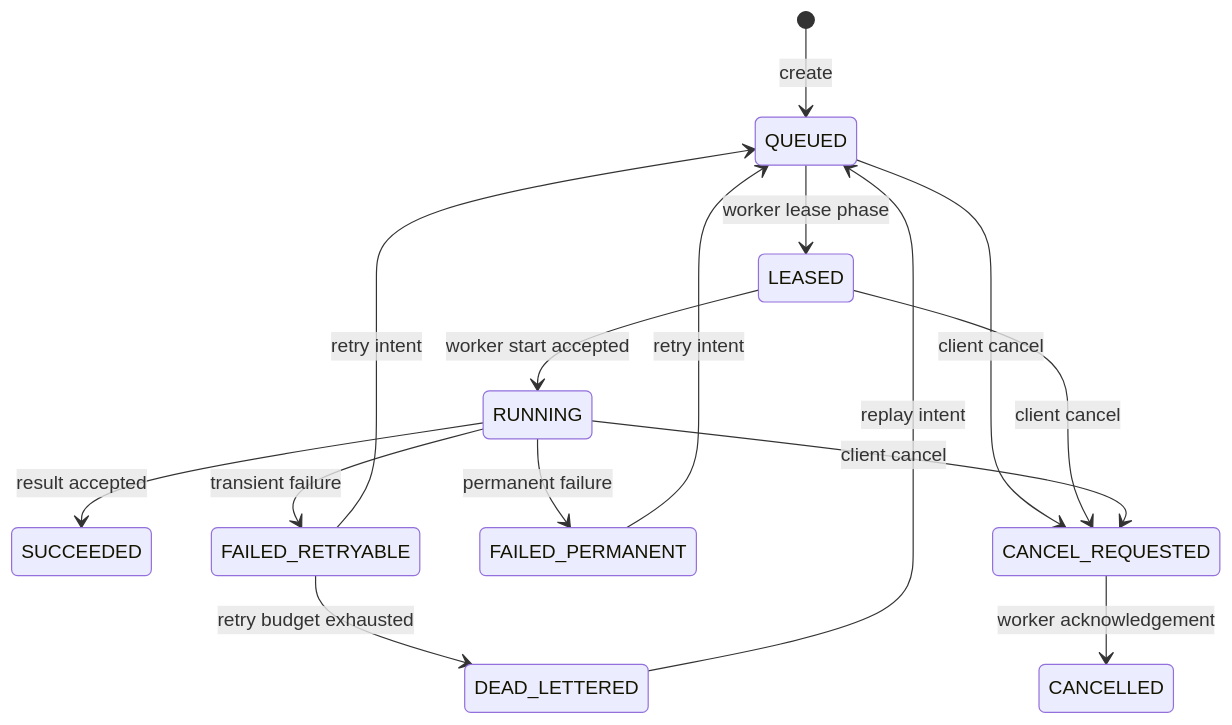
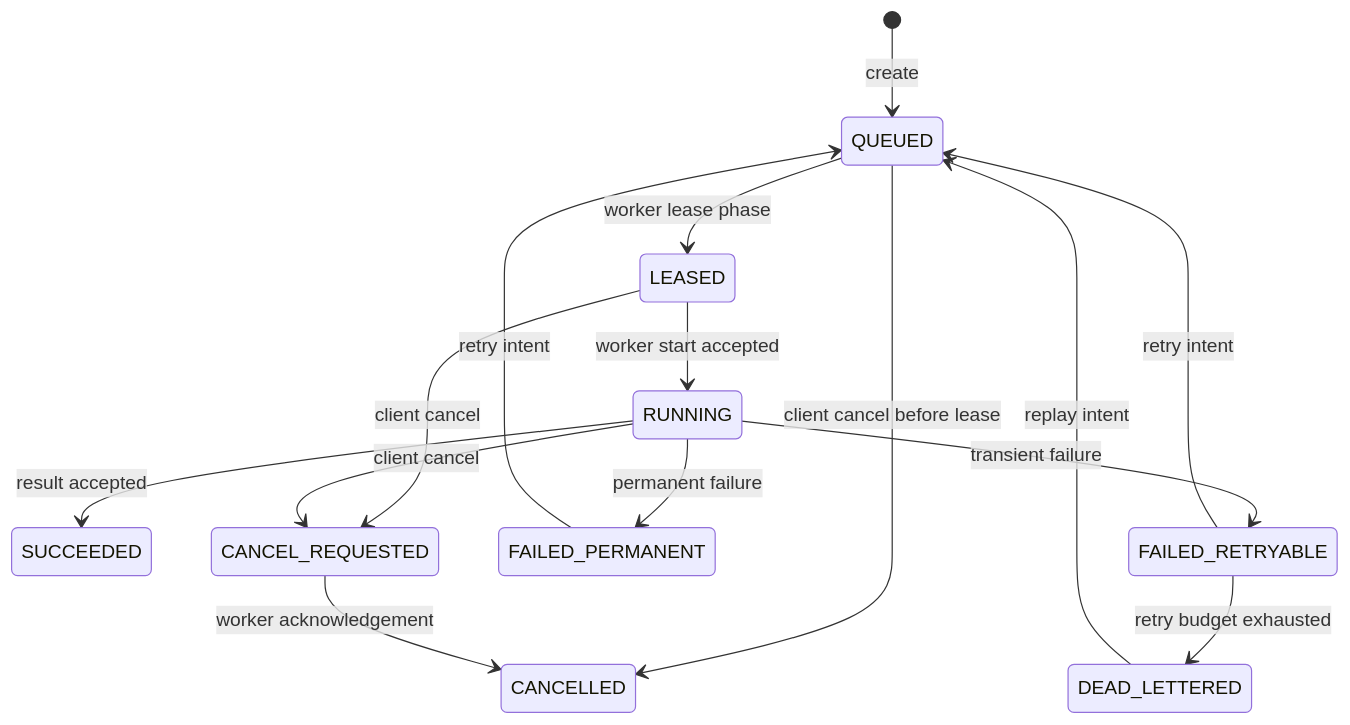
Before and after one commit to JasonTM17/PipeForge: the first of 2 diagrams in docs/architecture/job-management.md, drawn with Mermaid. The commit also changed other lines of this file and 9 other files, not shown here.

````diff
--- a/docs/architecture/job-management.md
+++ b/docs/architecture/job-management.md
@@ -7,17 +7,17 @@
 ```mermaid
 stateDiagram-v2
     [*] --> QUEUED: create
     QUEUED --> LEASED: worker lease phase
     LEASED --> RUNNING: worker start accepted
     RUNNING --> SUCCEEDED: result accepted
     RUNNING --> FAILED_RETRYABLE: transient failure
     RUNNING --> FAILED_PERMANENT: permanent failure
-    QUEUED --> CANCEL_REQUESTED: client cancel
+    QUEUED --> CANCELLED: client cancel before lease
     LEASED --> CANCEL_REQUESTED: client cancel
     RUNNING --> CANCEL_REQUESTED: client cancel
     CANCEL_REQUESTED --> CANCELLED: worker acknowledgement
     FAILED_RETRYABLE --> QUEUED: retry intent
     FAILED_PERMANENT --> QUEUED: retry intent
     DEAD_LETTERED --> QUEUED: replay intent
     FAILED_RETRYABLE --> DEAD_LETTERED: retry budget exhausted
 ```
````
